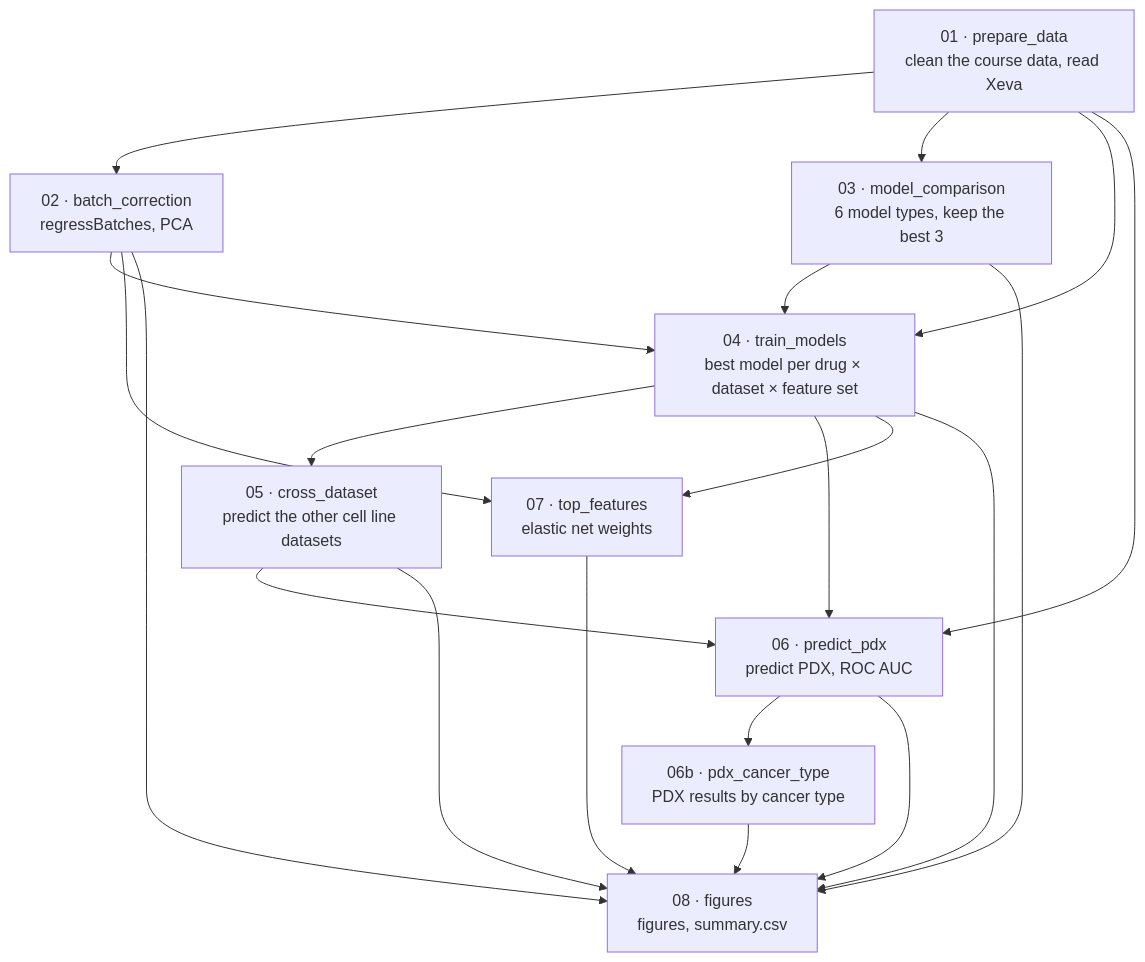
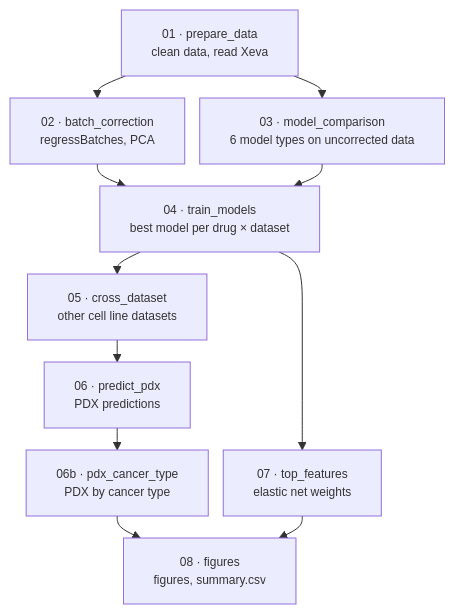
The diagram in README.md (MehdiFard/Cancer_Drug_Response_Prediction), drawn with Mermaid before and after one commit. The commit also changed other lines of this file, not shown here.

````diff
--- a/README.md
+++ b/README.md
@@ -203,31 +204,18 @@
 ```mermaid
+%%{init: {"flowchart": {"nodeSpacing": 15, "rankSpacing": 22}, "themeVariables": {"fontSize": "12px"}}}%%
 flowchart TB
-    prepare_data["01 · prepare_data<br/>clean the course data, read Xeva"]
+    prepare_data["01 · prepare_data<br/>clean data, read Xeva"]
     batch_correction["02 · batch_correction<br/>regressBatches, PCA"]
-    model_comparison["03 · model_comparison<br/>6 model types, keep the best 3"]
-    train_models["04 · train_models<br/>best model per drug × dataset × feature set"]
-    cross_dataset["05 · cross_dataset<br/>predict the other cell line datasets"]
-    predict_pdx["06 · predict_pdx<br/>predict PDX, ROC AUC"]
-    pdx_cancer_type["06b · pdx_cancer_type<br/>PDX results by cancer type"]
+    model_comparison["03 · model_comparison<br/>6 model types on uncorrected data"]
+    train_models["04 · train_models<br/>best model per drug × dataset"]
+    cross_dataset["05 · cross_dataset<br/>other cell line datasets"]
+    predict_pdx["06 · predict_pdx<br/>PDX predictions"]
+    pdx_cancer_type["06b · pdx_cancer_type<br/>PDX by cancer type"]
     top_features["07 · top_features<br/>elastic net weights"]
     figures["08 · figures<br/>figures, summary.csv"]
-    prepare_data --> batch_correction
-    prepare_data --> model_comparison
-    prepare_data --> train_models
-    batch_correction --> train_models
-    model_comparison --> train_models
-    train_models --> cross_dataset
-    prepare_data --> predict_pdx
-    train_models --> predict_pdx
-    cross_dataset --> predict_pdx
-    predict_pdx --> pdx_cancer_type
-    batch_correction --> top_features
-    train_models --> top_features
-    batch_correction --> figures
-    model_comparison --> figures
-    train_models --> figures
-    cross_dataset --> figures
-    predict_pdx --> figures
-    pdx_cancer_type --> figures
+    prepare_data --> batch_correction & model_comparison
+    batch_correction & model_comparison --> train_models
+    train_models --> cross_dataset & top_features
+    cross_dataset --> predict_pdx --> pdx_cancer_type --> figures
     top_features --> figures
 ```
````
